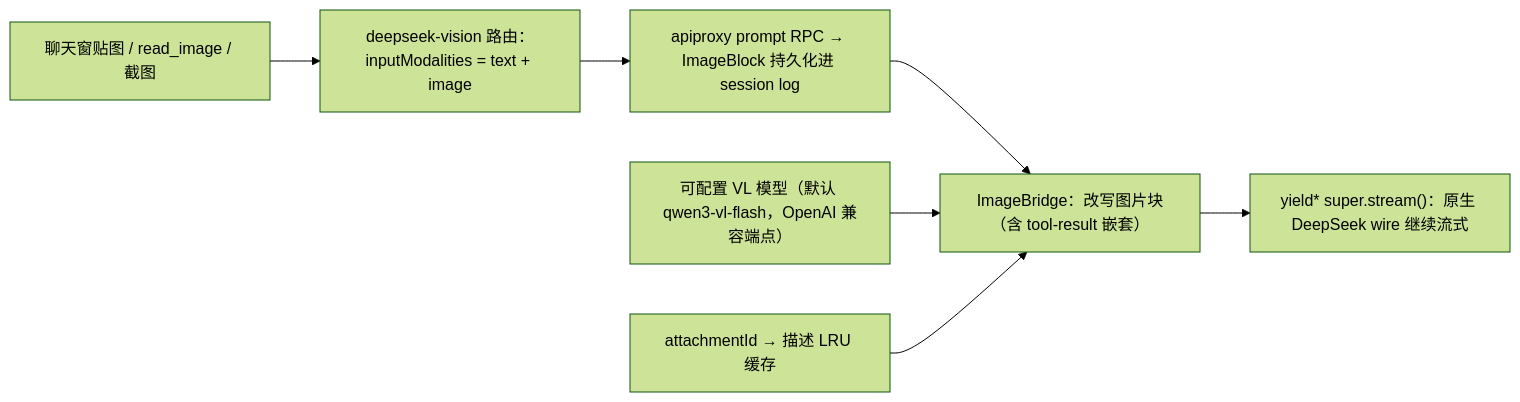
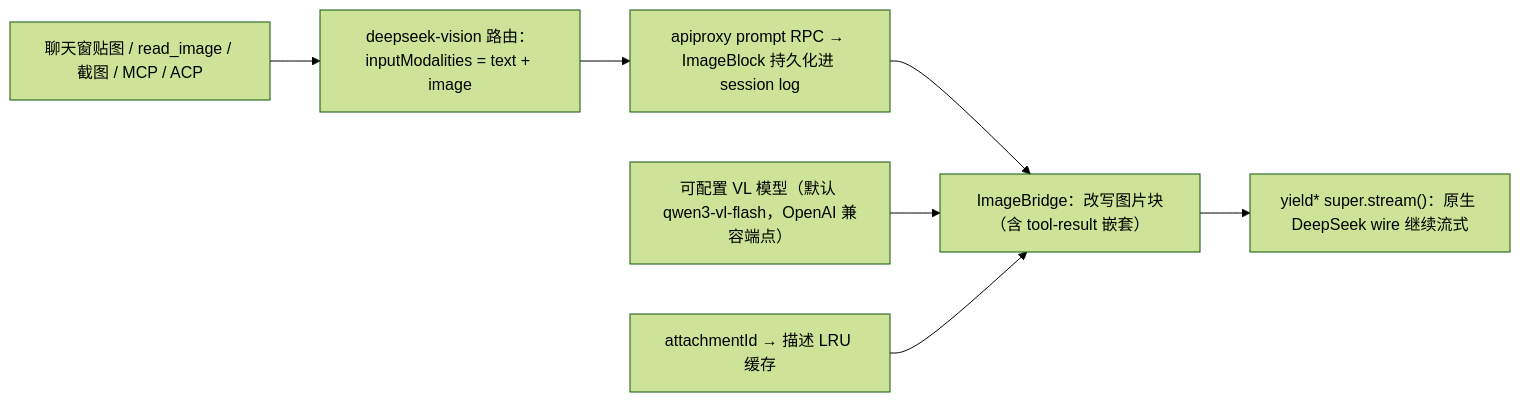
One commit to siegfly/dsh-deepseek-vision changed the diagram in README.md. Above: the diagram before and after it, drawn with Mermaid (forest theme). The commit also changed other lines of this file and 2 other files, not shown here.

Commit message:
test(docs): pin MCP tool-result and ACP inline image-source coverage
The bridge already rewrites images nested in tool-result blocks and
top-level ACP inline images; pin that behavior with two wire-level
tests and mention both sources in the READMEs.

````diff
--- a/README.md
+++ b/README.md
@@ -127,9 +127,9 @@
 ```mermaid
 flowchart LR
-    User["聊天窗贴图 / read_image / 截图"] --> Gate["deepseek-vision 路由：inputModalities = text + image"]
+    User["聊天窗贴图 / read_image / 截图 / MCP / ACP"] --> Gate["deepseek-vision 路由：inputModalities = text + image"]
     Gate --> Persist["apiproxy prompt RPC → ImageBlock 持久化进 session log"]
     Persist --> Bridge["ImageBridge：改写图片块（含 tool-result 嵌套）"]
     VL["可配置 VL 模型（默认 qwen3-vl-flash，OpenAI 兼容端点）"] --> Bridge
     Cache["attachmentId → 描述 LRU 缓存"] --> Bridge
     Bridge --> Stream["yield* super.stream()：原生 DeepSeek wire 继续流式"]
 ```
````
